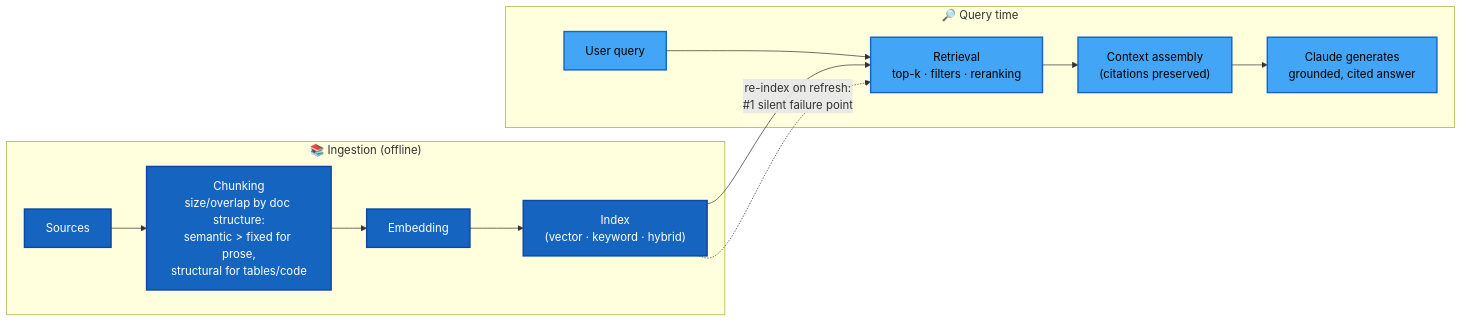
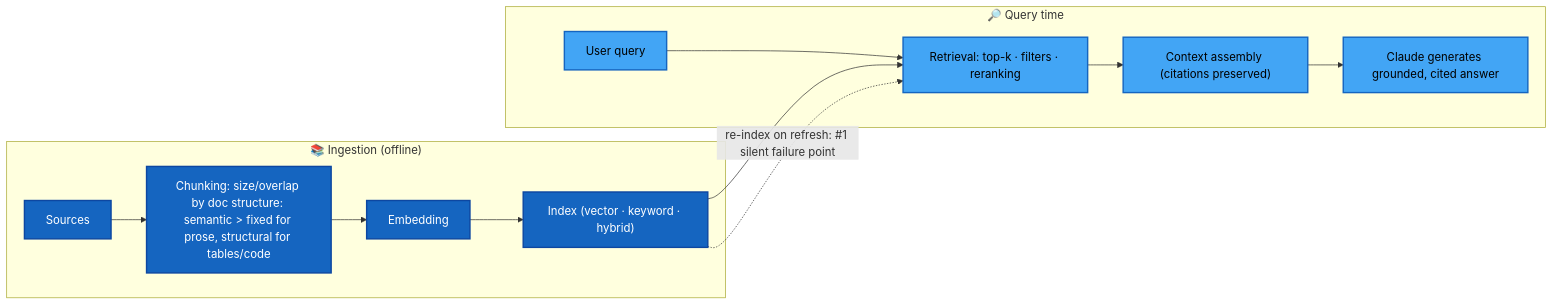
The first of 5 diagrams in CCA-P/domains/d3-integration.md (parmar-m/claude-architect-certification-prep), drawn with Mermaid before and after one commit. The commit also changed other lines of this file and 25 other files, not shown here.

````diff
--- a/CCA-P/domains/d3-integration.md
+++ b/CCA-P/domains/d3-integration.md
@@ -12,20 +12,20 @@
 ```mermaid
 flowchart LR
     subgraph ING["📚 Ingestion (offline)"]
-        SRC["Sources"] --> CH["Chunking<br/>size/overlap by doc structure:<br/>semantic > fixed for prose,<br/>structural for tables/code"]
+        SRC["Sources"] --> CH["Chunking: size/overlap by doc structure: semantic > fixed for prose, structural for tables/code"]
         CH --> EMB["Embedding"]
-        EMB --> IX["Index<br/>(vector · keyword · hybrid)"]
+        EMB --> IX["Index (vector · keyword · hybrid)"]
     end
     subgraph QRY["🔎 Query time"]
-        Q["User query"] --> RET["Retrieval<br/>top-k · filters · reranking"]
+        Q["User query"] --> RET["Retrieval: top-k · filters · reranking"]
         IX --> RET
-        RET --> CTX["Context assembly<br/>(citations preserved)"]
-        CTX --> LLM["Claude generates<br/>grounded, cited answer"]
+        RET --> CTX["Context assembly (citations preserved)"]
+        CTX --> LLM["Claude generates grounded, cited answer"]
     end
-    IX -. "re-index on refresh:<br/>#1 silent failure point" .-> RET
+    IX -. "re-index on refresh: #1 silent failure point" .-> RET
     classDef ing fill:#1565C0,color:#fff,stroke:#0D47A1,stroke-width:2px
     classDef qry fill:#42A5F5,color:#000,stroke:#1565C0,stroke-width:2px
     classDef n fill:#455A64,color:#fff,stroke:#263238,stroke-width:2px
     class SRC,CH,EMB,IX ing
     class Q,RET,CTX,LLM qry
 ```
````
